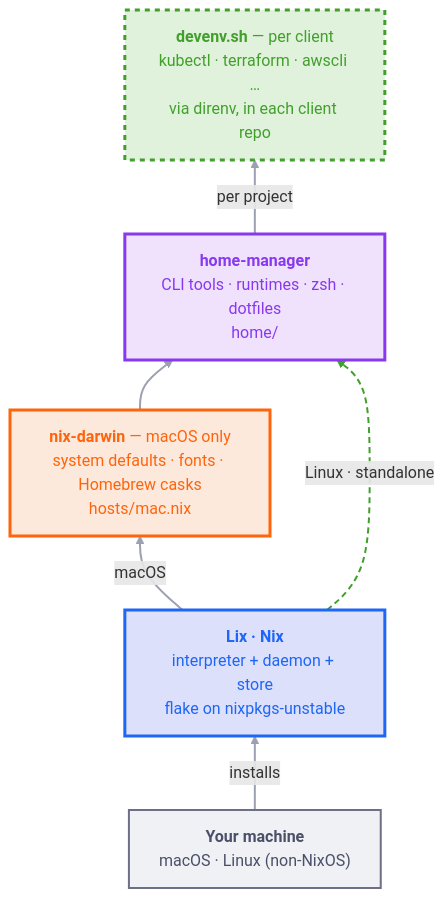
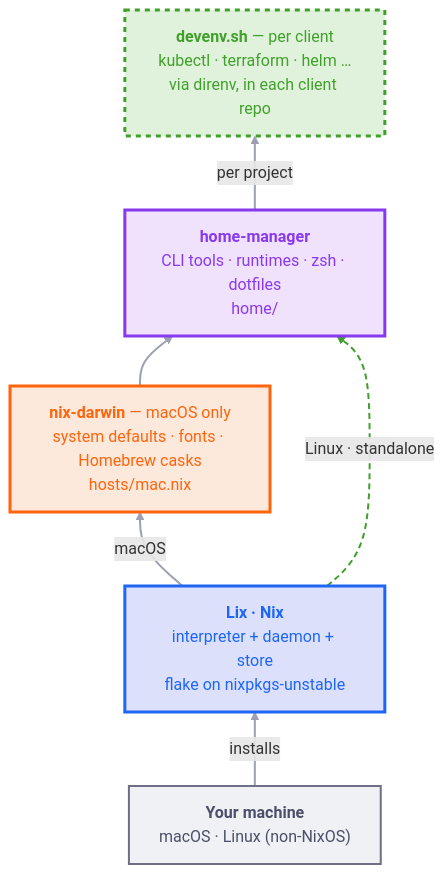
The first of 2 diagrams in README.md (mhmdio/dotfiles), drawn with Mermaid before and after one commit. The commit also changed other lines of this file, not shown here.

````diff
--- a/README.md
+++ b/README.md
@@ -28,38 +28,38 @@
 ```mermaid
 flowchart BT
     HW["`**Your machine**
     macOS · Linux (non-NixOS)`"]
     NIX["`**Lix · Nix**
     interpreter + daemon + store
     flake on nixpkgs-unstable`"]
     DAR["`**nix-darwin** — macOS only
     system defaults · fonts · Homebrew casks
     hosts/mac.nix`"]
     HM["`**home-manager**
     CLI tools · runtimes · zsh · dotfiles
     home/`"]
     DEV["`**devenv.sh** — per client
-    kubectl · terraform · awscli …
+    kubectl · terraform · helm …
     via direnv, in each client repo`"]
 
     HW  -->|"installs"| NIX
     NIX -->|"macOS"| DAR
     DAR --> HM
     NIX -.->|"Linux · standalone"| HM
     HM  -->|"per project"| DEV
 
     classDef base   fill:#eff1f5,stroke:#6c6f85,stroke-width:2px,color:#4c4f69;
     classDef nix    fill:#dce0fb,stroke:#1e66f5,stroke-width:3px,color:#1e66f5;
     classDef darwin fill:#fde9dc,stroke:#fe640b,stroke-width:3px,color:#fe640b;
     classDef home   fill:#f0e2fd,stroke:#8839ef,stroke-width:3px,color:#8839ef;
     classDef devenv fill:#e0f2db,stroke:#40a02b,stroke-width:3px,color:#40a02b,stroke-dasharray:5 5;
 
     class HW base;
     class NIX nix;
     class DAR darwin;
     class HM home;
     class DEV devenv;
 
     linkStyle 0,1,2,4 stroke:#9ca0b0,stroke-width:2px;
     linkStyle 3 stroke:#40a02b,stroke-width:2px,stroke-dasharray:6 4;
 ```
````
